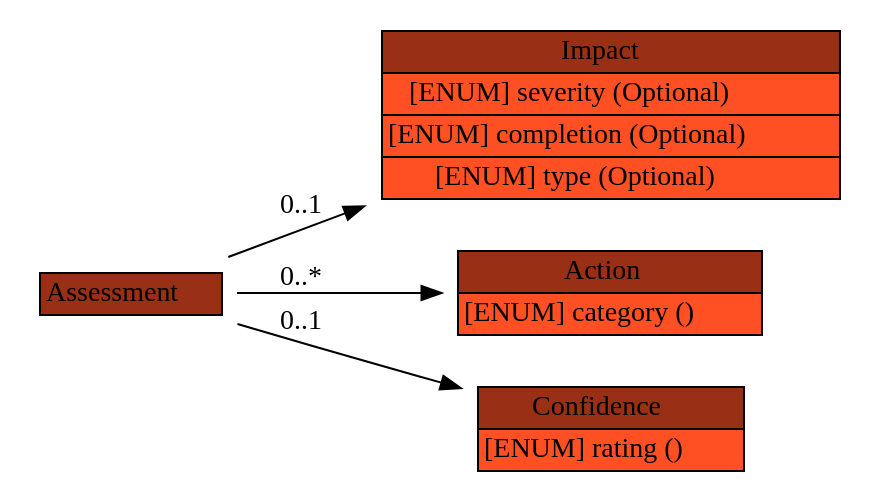
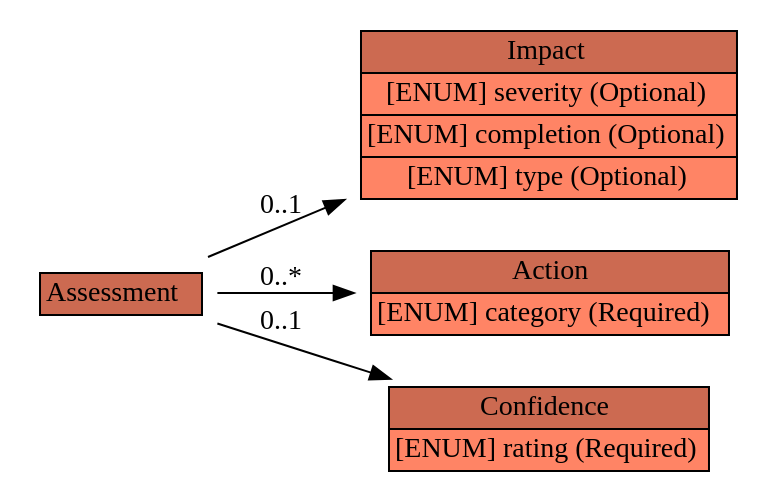
Before and after one commit to Moutix/idmef_parser: the diagram in idmef/graph/Assessment.dot, drawn with Graphviz. The commit also changed 197 other files, not shown here.

Commit message:
Update Graphs

```diff
--- a/idmef/graph/Assessment.dot
+++ b/idmef/graph/Assessment.dot
@@ -1,12 +1,35 @@
 digraph Assessment {
-	graph [rankdir=LR];
+	graph [bb="0,0,360,228",
+		rankdir=LR
+	];
 	node [label="\N"];
-	graph [bb="0,0,404,220"];
-	Assessment [label=<<table BORDER="0" CELLBORDER="1" CELLSPACING="0"> <tr > <td BGCOLOR="#993016" HREF="#" TITLE="The Assessment class is used to provide the analyzer&#39;s assessment of an event -- its impact, actions taken in response, and confidence. ">Assessment</td> </tr>" %</table>>, shape=plaintext, pos="53,90", width="1.4444", height="0.5"];
-	Impact [label=<<table BORDER="0" CELLBORDER="1" CELLSPACING="0"> <tr > <td BGCOLOR="#993016" HREF="#" TITLE="The Impact class is used to provide the analyzer&#39;s assessment of the impact of the event on the target(s). It is represented in the IDMEF DTD as follows: ">Impact</td> </tr>" %<tr><td BGCOLOR="#FF5024" HREF="#" TITLE="Section 10.)">[ENUM] severity (Optional) </td></tr>%<tr><td BGCOLOR="#FF5024" HREF="#" TITLE="Section 10.)">[ENUM] completion (Optional) </td></tr>%<tr><td BGCOLOR="#FF5024" HREF="#" TITLE="value is &quot;other&quot;.  (See also Section 10.)">[ENUM] type (Optional) </td></tr>%</table>>, shape=plaintext, pos="287,176", width="3.25", height="1.2361"];
-	Action [label=<<table BORDER="0" CELLBORDER="1" CELLSPACING="0"> <tr > <td BGCOLOR="#993016" HREF="#" TITLE="The Action class is used to describe any actions taken by the analyzer in response to the event. Is is represented in the IDMEF DTD as follows: ">Action</td> </tr>" %<tr><td BGCOLOR="#FF5024" HREF="#" TITLE="The default value is &quot;other&quot;.  (See also Section 10.)">[ENUM] category () </td></tr>%</table>>, shape=plaintext, pos="287,90", width="2.2222", height="0.68056"];
-	Confidence [label=<<table BORDER="0" CELLBORDER="1" CELLSPACING="0"> <tr > <td BGCOLOR="#993016" HREF="#" TITLE="The Confidence class is used to represent the analyzer&#39;s best estimate of the validity of its analysis. It is represented in the IDMEF DTD as follows: ">Confidence</td> </tr>" %<tr><td BGCOLOR="#FF5024" HREF="#" TITLE="also Section 10.)">[ENUM] rating () </td></tr>%</table>>, shape=plaintext, pos="287,24", width="1.9444", height="0.68056"];
-	Assessment -> Impact [label="0..1", pos="e,169.56,132.84 102.05,108.03 119.25,114.35 139.45,121.77 160.06,129.35", lp="138,133.5"];
-	Assessment -> Action [label="0..*", pos="e,206.62,90 105.51,90 132.27,90 165.57,90 196.31,90", lp="138,98.5"];
-	Assessment -> Confidence [label="0..1", pos="e,216.32,43.212 105.7,74.297 111.86,72.494 118.07,70.696 124,69 150.78,61.343 180.1,53.181 206.4,45.939", lp="138,77.5"];
+	Assessment	 [height=0.5,
+		label=<<table BORDER="0" CELLBORDER="1" CELLSPACING="0"> <tr> <td BGCOLOR="#cc6a51" HREF="#" TITLE="The Assessment class is used to provide the analyzer&#39;s assessment of an event -- its impact, actions taken in response, and confidence. "><FONT FACE="Nimbus Sans L">Assessment</FONT></td> </tr>" %</table>>,
+		pos="48.5,93",
+		shape=plaintext,
+		width=1.3472];
+	Impact	 [height=1.2778,
+		label=<<table BORDER="0" CELLBORDER="1" CELLSPACING="0"> <tr> <td BGCOLOR="#cc6a51" HREF="#" TITLE="The Impact class is used to provide the analyzer&#39;s assessment of the impact of the event on the target(s). It is represented in the IDMEF DTD as follows: "><FONT FACE="Nimbus Sans L">Impact</FONT></td> </tr>" %<tr><td BGCOLOR="#ff8465"  HREF="#" TITLE="Section 10.)"><FONT FACE="Nimbus Sans L">[ENUM] severity (Optional)</FONT></td></tr>%<tr><td BGCOLOR="#ff8465"  HREF="#" TITLE="Section 10.)"><FONT FACE="Nimbus Sans L">[ENUM] completion (Optional)</FONT></td></tr>%<tr><td BGCOLOR="#ff8465"  HREF="#" TITLE="value is &quot;other&quot;.  (See also Section 10.)"><FONT FACE="Nimbus Sans L">[ENUM] type (Optional)</FONT></td></tr>%</table>>,
+		pos="258,182",
+		shape=plaintext,
+		width=2.8333];
+	Assessment -> Impact	 [label="0..1",
+		lp="126.5,136.5",
+		pos="e,155.91,138.63 90.895,111.01 107.2,117.94 126.68,126.21 146.48,134.63"];
+	Action	 [height=0.69444,
+		label=<<table BORDER="0" CELLBORDER="1" CELLSPACING="0"> <tr> <td BGCOLOR="#cc6a51" HREF="#" TITLE="The Action class is used to describe any actions taken by the analyzer in response to the event. Is is represented in the IDMEF DTD as follows: "><FONT FACE="Nimbus Sans L">Action</FONT></td> </tr>" %<tr><td BGCOLOR="#ff8465"  HREF="#" TITLE="The default value is &quot;other&quot;.  (See also Section 10.)"><FONT FACE="Nimbus Sans L">[ENUM] category (Required)</FONT></td></tr>%</table>>,
+		pos="258,93",
+		shape=plaintext,
+		width=2.6944];
+	Assessment -> Action	 [label="0..*",
+		lp="126.5,100.5",
+		pos="e,160.99,93 97.09,93 113.28,93 132.01,93 150.84,93"];
+	Confidence	 [height=0.69444,
+		label=<<table BORDER="0" CELLBORDER="1" CELLSPACING="0"> <tr> <td BGCOLOR="#cc6a51" HREF="#" TITLE="The Confidence class is used to represent the analyzer&#39;s best estimate of the validity of its analysis. It is represented in the IDMEF DTD as follows: "><FONT FACE="Nimbus Sans L">Confidence</FONT></td> </tr>" %<tr><td BGCOLOR="#ff8465"  HREF="#" TITLE="also Section 10.)"><FONT FACE="Nimbus Sans L">[ENUM] rating (Required)</FONT></td></tr>%</table>>,
+		pos="258,25",
+		shape=plaintext,
+		width=2.4444];
+	Assessment -> Confidence	 [label="0..1",
+		lp="126.5,78.5",
+		pos="e,180.96,50.007 97.09,77.229 119.17,70.062 145.98,61.361 171.33,53.133"];
 }
```
